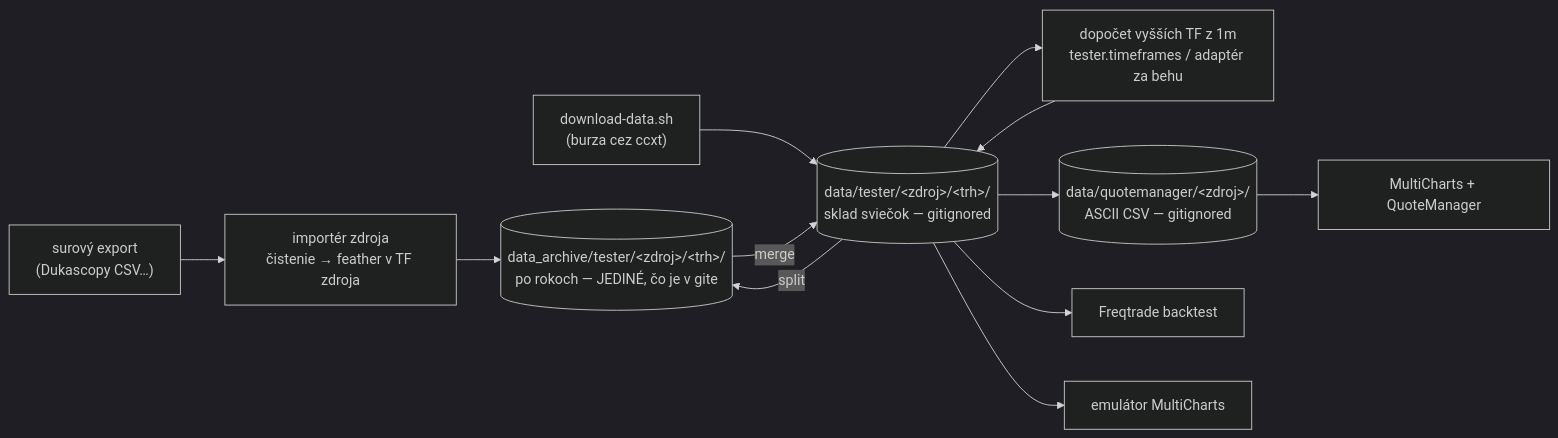
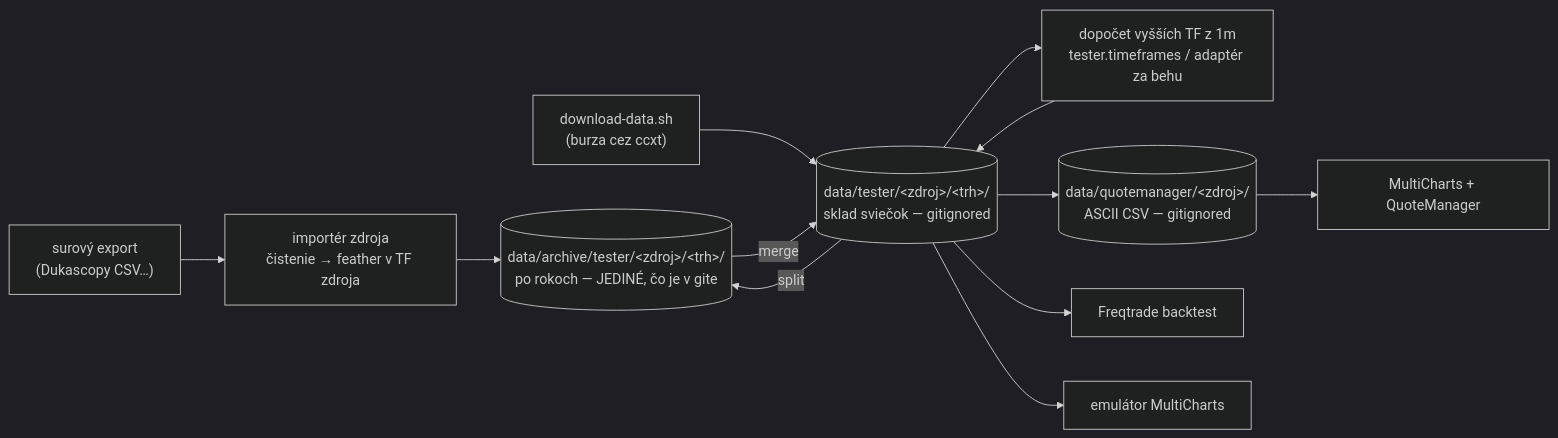
One commit to materko/imbalance_strategy changed the second of 3 diagrams in docs/ARCHITEKTURA.md. Above: the diagram before and after it, drawn with Mermaid (dark theme). The commit also changed other lines of this file and 706 other files, not shown here.

````diff
--- a/docs/ARCHITEKTURA.md
+++ b/docs/ARCHITEKTURA.md
@@ -56,21 +56,21 @@
 ```mermaid
 flowchart LR
     raw["surový export<br/>(Dukascopy CSV…)"]
     dl["download-data.sh<br/>(burza cez ccxt)"]
     imp["importér zdroja<br/>čistenie → feather v TF zdroja"]
-    arch[("data_archive/tester/&lt;zdroj&gt;/&lt;trh&gt;/<br/>po rokoch — JEDINÉ, čo je v gite")]
+    arch[("data/archive/tester/&lt;zdroj&gt;/&lt;trh&gt;/<br/>po rokoch — JEDINÉ, čo je v gite")]
     work[("data/tester/&lt;zdroj&gt;/&lt;trh&gt;/<br/>sklad sviečok — gitignored")]
     derived["dopočet vyšších TF z 1m<br/>tester.timeframes / adaptér za behu"]
     qm[("data/quotemanager/&lt;zdroj&gt;/<br/>ASCII CSV — gitignored")]
 
     raw --> imp --> arch
     dl --> work
     work -->|"split"| arch
     arch -->|"merge"| work
     work --> derived --> work
     work --> qm
 
     work --> FT["Freqtrade backtest"]
     work --> EMU["emulátor MultiCharts"]
     qm --> MC["MultiCharts + QuoteManager"]
 ```
````
